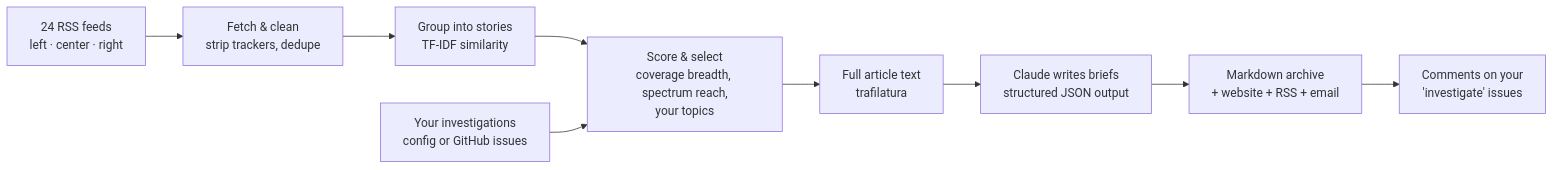
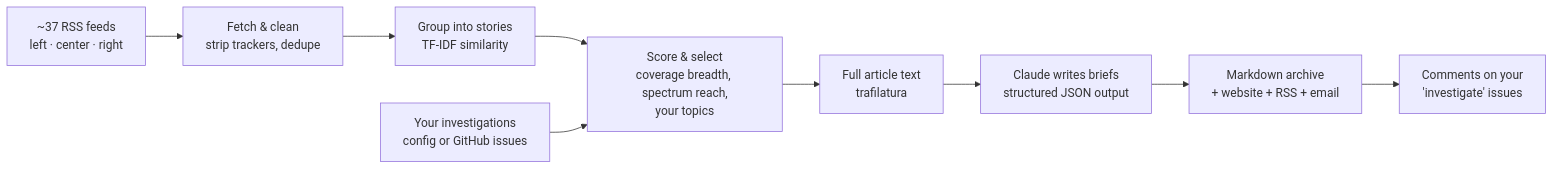
Before and after one commit to CJStudent10/News-Digest: the diagram in README.md, drawn with Mermaid. The commit also changed other lines of this file and 11 other files, not shown here.

````diff
--- a/README.md
+++ b/README.md
@@ -34,11 +34,11 @@
 ```mermaid
 flowchart LR
-    A[24 RSS feeds<br/>left · center · right] --> B[Fetch & clean<br/>strip trackers, dedupe]
+    A[~37 RSS feeds<br/>left · center · right] --> B[Fetch & clean<br/>strip trackers, dedupe]
     B --> C[Group into stories<br/>TF-IDF similarity]
     C --> D[Score & select<br/>coverage breadth, spectrum reach,<br/>your topics]
     D --> E[Full article text<br/>trafilatura]
     E --> F[Claude writes briefs<br/>structured JSON output]
     F --> G[Markdown archive<br/>+ website + RSS + email]
     H[Your investigations<br/>config or GitHub issues] --> D
     G --> I[Comments on your<br/>'investigate' issues]
 ```
````
